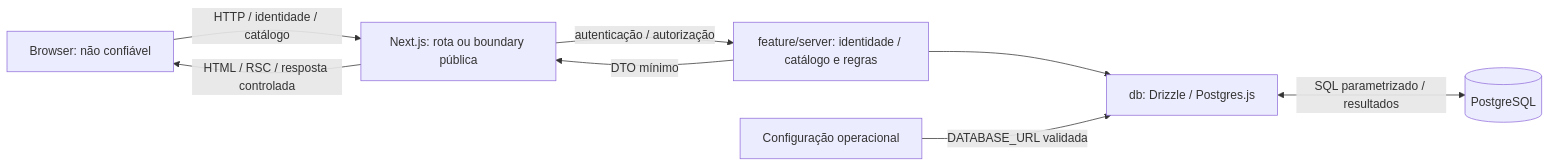
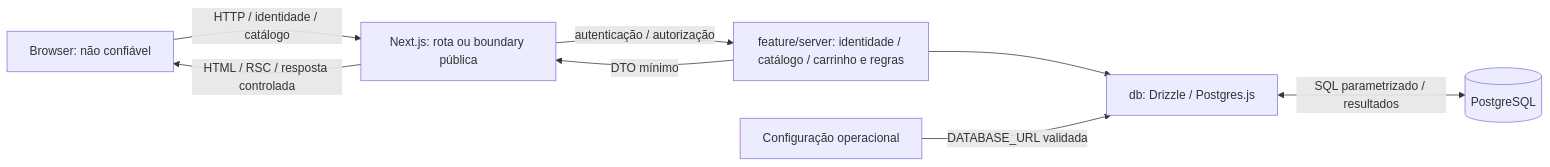
Before and after one commit to joaoapassos/guardian-bay: the diagram in docs/architecture/threat-model.md, drawn with Mermaid. The commit also changed other lines of this file and 2 other files, not shown here.

````diff
--- a/docs/architecture/threat-model.md
+++ b/docs/architecture/threat-model.md
@@ -30,10 +30,10 @@
 ```mermaid
 flowchart LR
     Browser["Browser: não confiável"] -->|"HTTP / identidade / catálogo"| Next["Next.js: rota ou boundary pública"]
-    Next -->|"autenticação / autorização"| Feature["feature/server: identidade / catálogo e regras"]
+    Next -->|"autenticação / autorização"| Feature["feature/server: identidade / catálogo / carrinho e regras"]
     Feature --> DB["db: Drizzle / Postgres.js"]
     DB <-->|"SQL parametrizado / resultados"| PG[(PostgreSQL)]
     Feature -->|"DTO mínimo"| Next
     Next -->|"HTML / RSC / resposta controlada"| Browser
     Config["Configuração operacional"] -->|"DATABASE_URL validada"| DB
 ```
````
